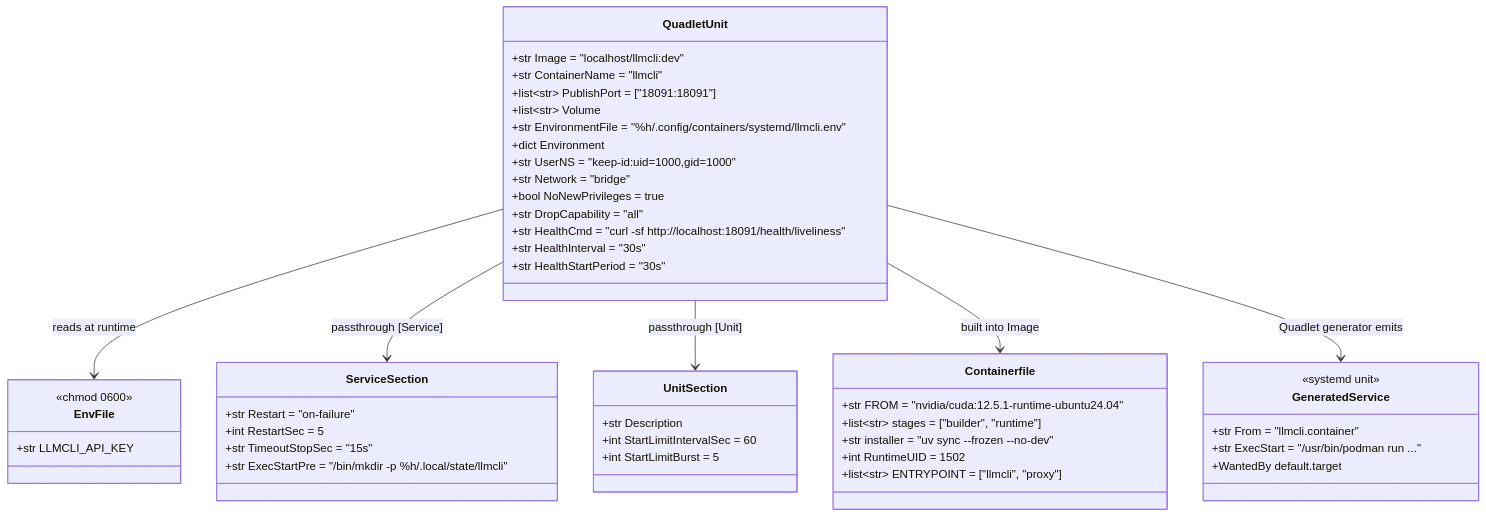
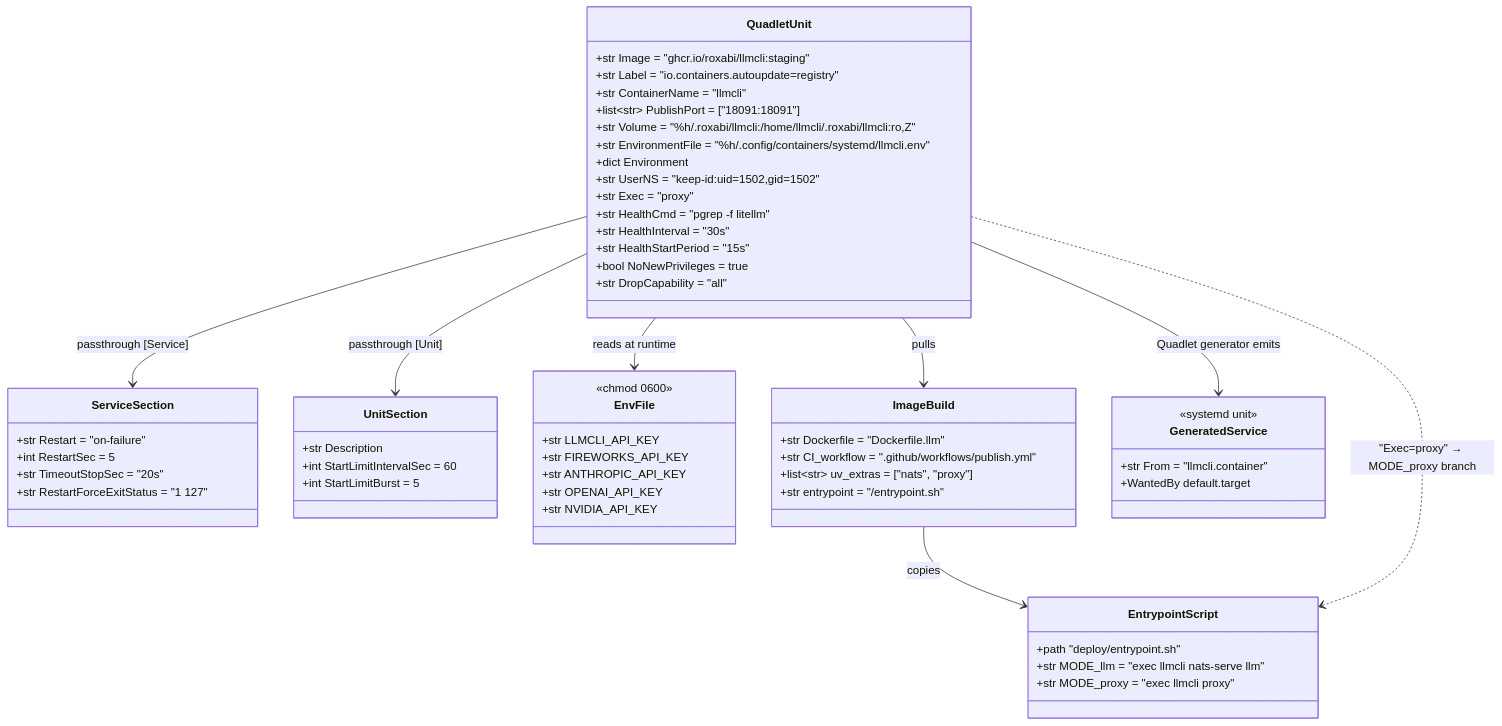
Before and after one commit to Roxabi/llmCLI: the first of 2 diagrams in artifacts/specs/44-llmcli-quadlet-spec.mdx, drawn with Mermaid. The commit also changed other lines of this file, not shown here.

First line of the commit message:
docs(spec): #44 Quadlet — revised + approved (strategy A, fleet image)

````diff
--- a/artifacts/specs/44-llmcli-quadlet-spec.mdx
+++ b/artifacts/specs/44-llmcli-quadlet-spec.mdx
@@ -84,51 +108,61 @@
 ```mermaid
 classDiagram
     class QuadletUnit {
-        +str Image = "localhost/llmcli:dev"
+        +str Image = "ghcr.io/roxabi/llmcli:staging"
+        +str Label = "io.containers.autoupdate=registry"
         +str ContainerName = "llmcli"
         +list~str~ PublishPort = ["18091:18091"]
-        +list~str~ Volume
+        +str Volume = "%h/.roxabi/llmcli:/home/llmcli/.roxabi/llmcli:ro,Z"
         +str EnvironmentFile = "%h/.config/containers/systemd/llmcli.env"
         +dict Environment
-        +str UserNS = "keep-id:uid=1000,gid=1000"
-        +str Network = "bridge"
+        +str UserNS = "keep-id:uid=1502,gid=1502"
+        +str Exec = "proxy"
+        +str HealthCmd = "pgrep -f litellm"
+        +str HealthInterval = "30s"
+        +str HealthStartPeriod = "15s"
         +bool NoNewPrivileges = true
         +str DropCapability = "all"
-        +str HealthCmd = "curl -sf http://localhost:18091/health/liveliness"
-        +str HealthInterval = "30s"
-        +str HealthStartPeriod = "30s"
     }
     class ServiceSection {
         +str Restart = "on-failure"
         +int RestartSec = 5
-        +str TimeoutStopSec = "15s"
-        +str ExecStartPre = "/bin/mkdir -p %h/.local/state/llmcli"
+        +str TimeoutStopSec = "20s"
+        +str RestartForceExitStatus = "1 127"
     }
     class UnitSection {
         +str Description
         +int StartLimitIntervalSec = 60
         +int StartLimitBurst = 5
     }
     class EnvFile {
         <<chmod 0600>>
         +str LLMCLI_API_KEY
+        +str FIREWORKS_API_KEY
+        +str ANTHROPIC_API_KEY
+        +str OPENAI_API_KEY
+        +str NVIDIA_API_KEY
     }
-    class Containerfile {
-        +str FROM = "nvidia/cuda:12.5.1-runtime-ubuntu24.04"
-        +list~str~ stages = ["builder", "runtime"]
-        +str installer = "uv sync --frozen --no-dev"
-        +int RuntimeUID = 1502
-        +list~str~ ENTRYPOINT = ["llmcli", "proxy"]
+    class ImageBuild {
+        +str Dockerfile = "Dockerfile.llm"
+        +str CI_workflow = ".github/workflows/publish.yml"
+        +list~str~ uv_extras = ["nats", "proxy"]
+        +str entrypoint = "/entrypoint.sh"
+    }
+    class EntrypointScript {
+        +path "deploy/entrypoint.sh"
+        +str MODE_llm = "exec llmcli nats-serve llm"
+        +str MODE_proxy = "exec llmcli proxy"
     }
     class GeneratedService {
         <<systemd unit>>
         +str From = "llmcli.container"
-        +str ExecStart = "/usr/bin/podman run ..."
         +WantedBy default.target
     }
     QuadletUnit --> EnvFile : reads at runtime
     QuadletUnit --> ServiceSection : passthrough [Service]
     QuadletUnit --> UnitSection : passthrough [Unit]
-    QuadletUnit --> Containerfile : built into Image
+    QuadletUnit --> ImageBuild : pulls
+    ImageBuild --> EntrypointScript : copies
     QuadletUnit --> GeneratedService : Quadlet generator emits
+    QuadletUnit ..> EntrypointScript : "Exec=proxy" → MODE_proxy branch
 ```
````
